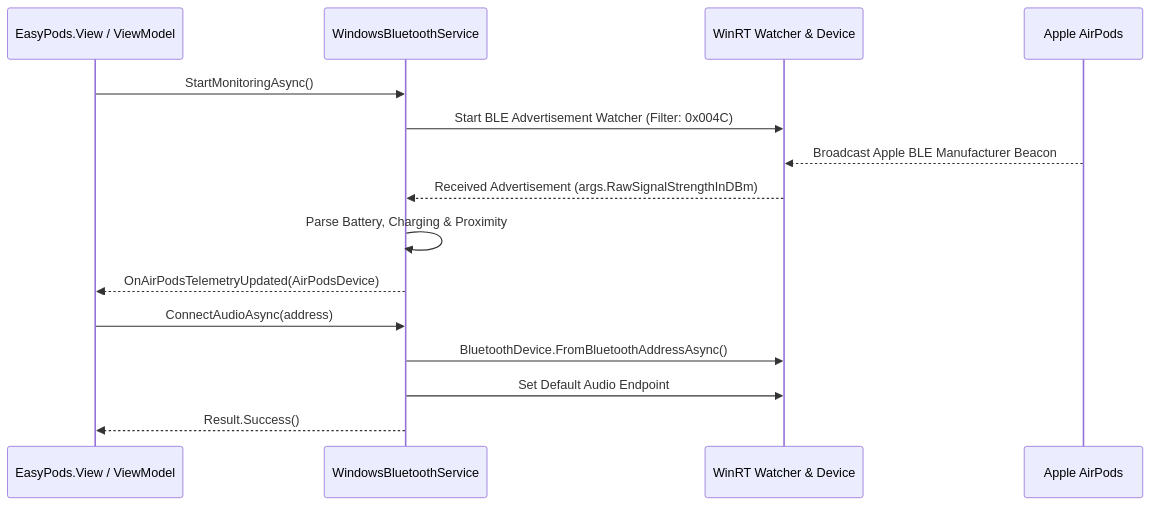
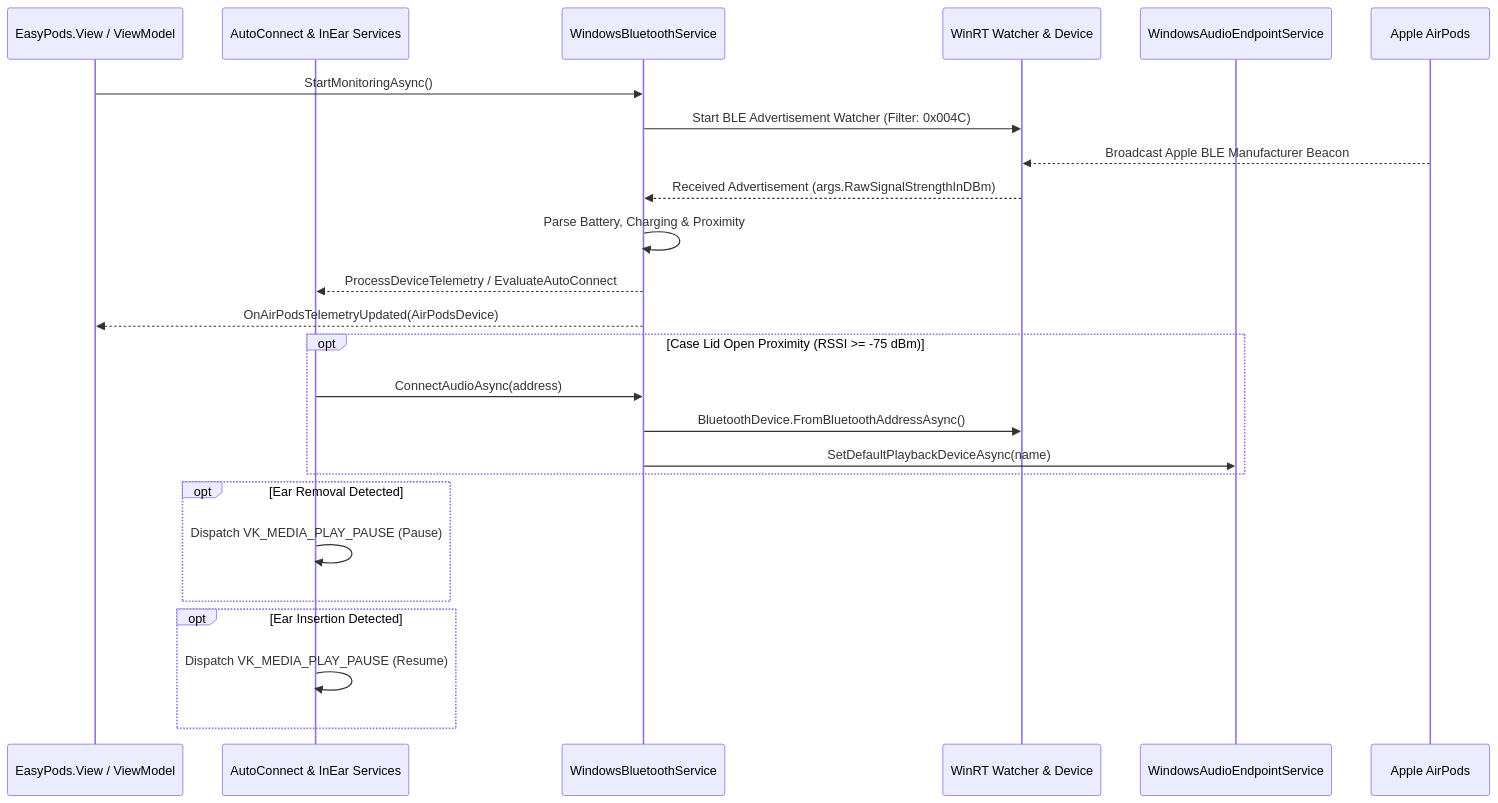
Before and after one commit to guyc2/EasyPods: the diagram in docs/bluetooth.md, drawn with Mermaid. The commit also changed other lines of this file and 16 other files, not shown here.

Commit message:
feat: in-ear auto-pause, lid open auto-connect, audio routing, and noise control

````diff
--- a/docs/bluetooth.md
+++ b/docs/bluetooth.md
@@ -28,18 +30,31 @@
 ```mermaid
 sequenceDiagram
     participant UI as EasyPods.View / ViewModel
+    participant Auto as AutoConnect & InEar Services
     participant BT as WindowsBluetoothService
     participant WinRT as WinRT Watcher & Device
+    participant Audio as WindowsAudioEndpointService
     participant Pods as Apple AirPods
 
     UI->>BT: StartMonitoringAsync()
     BT->>WinRT: Start BLE Advertisement Watcher (Filter: 0x004C)
     Pods-->>WinRT: Broadcast Apple BLE Manufacturer Beacon
     WinRT-->>BT: Received Advertisement (args.RawSignalStrengthInDBm)
     BT->>BT: Parse Battery, Charging & Proximity
+    BT-->>Auto: ProcessDeviceTelemetry / EvaluateAutoConnect
     BT-->>UI: OnAirPodsTelemetryUpdated(AirPodsDevice)
-    UI->>BT: ConnectAudioAsync(address)
-    BT->>WinRT: BluetoothDevice.FromBluetoothAddressAsync()
-    BT->>WinRT: Set Default Audio Endpoint
-    BT-->>UI: Result.Success()
+    
+    opt Case Lid Open Proximity (RSSI >= -75 dBm)
+        Auto->>BT: ConnectAudioAsync(address)
+        BT->>WinRT: BluetoothDevice.FromBluetoothAddressAsync()
+        BT->>Audio: SetDefaultPlaybackDeviceAsync(name)
+    end
+
+    opt Ear Removal Detected
+        Auto->>Auto: Dispatch VK_MEDIA_PLAY_PAUSE (Pause)
+    end
+
+    opt Ear Insertion Detected
+        Auto->>Auto: Dispatch VK_MEDIA_PLAY_PAUSE (Resume)
+    end
 ```
````
